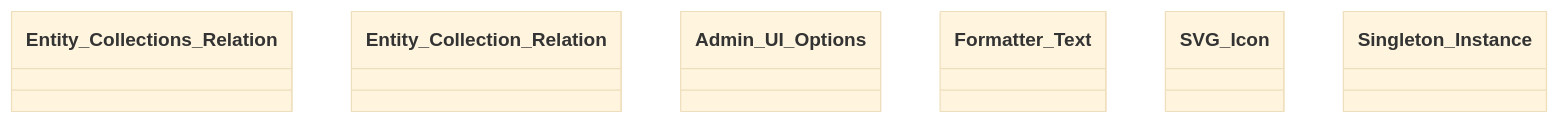
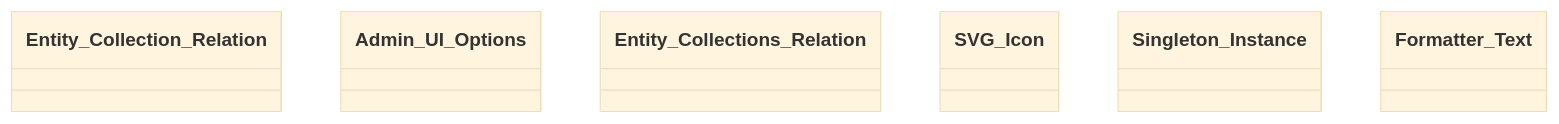
Diagram 13 of 13 in docs/phpdoc/Home.md (tainacan/tainacan), drawn with Mermaid (base theme) before and after one commit. The commit also changed other lines of this file and 112 other files, not shown here.

````diff
--- a/docs/phpdoc/Home.md
+++ b/docs/phpdoc/Home.md
@@ -768,10 +768,10 @@
 ```mermaid
 classDiagram
     direction TB
-    class Entity_Collections_Relation { }
     class Entity_Collection_Relation { }
     class Admin_UI_Options { }
-    class Formatter_Text { }
+    class Entity_Collections_Relation { }
     class SVG_Icon { }
     class Singleton_Instance { }
+    class Formatter_Text { }
 ```
````
